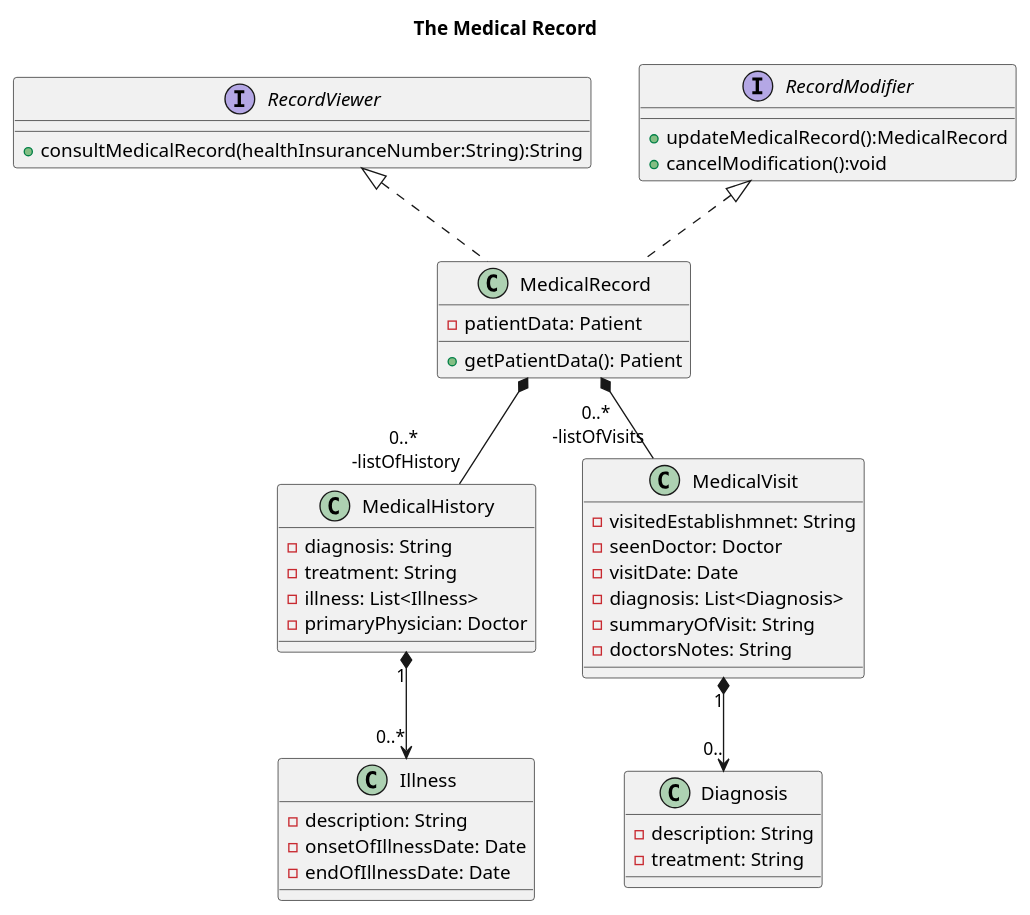
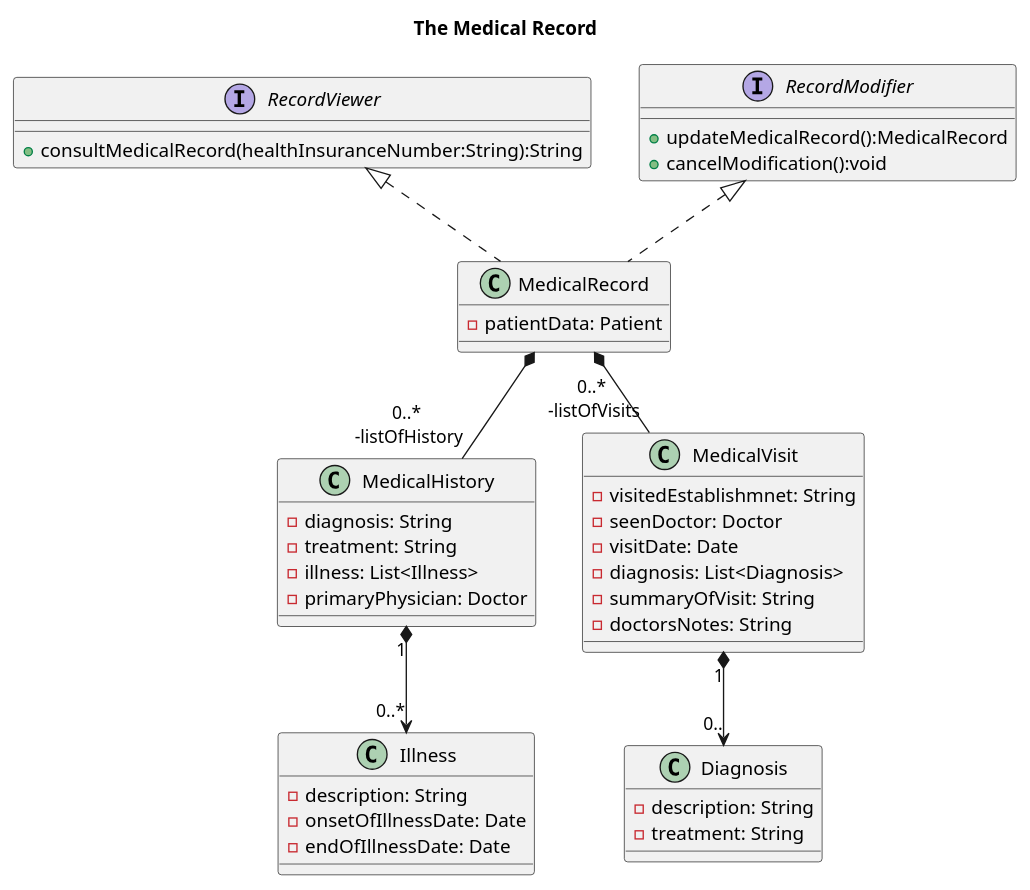
One commit to CyberFery/med changed the fourth of 4 diagrams in _models/classDiagram/class-diagram.puml. Above: the diagram before and after it, drawn with PlantUML. The commit also changed other lines of this file and 5 other files, not shown here.

Commit message:
Write descriptions for class diagrams

```diff
--- a/_models/classDiagram/class-diagram.puml
+++ b/_models/classDiagram/class-diagram.puml
@@ -143,52 +138,51 @@
 @startuml MedicalRecord
 
 title "The Medical Record"
 
 interface RecordViewer {
 +consultMedicalRecord(healthInsuranceNumber:String):String
 }
 
 interface RecordModifier {
 +updateMedicalRecord():MedicalRecord
 +cancelModification():void
 }
 
 class MedicalRecord implements RecordModifier, RecordViewer{
 -patientData: Patient
-+getPatientData(): Patient
 }
 
 class MedicalHistory{
 -diagnosis: String
 -treatment: String
 -illness: List<Illness>
 -primaryPhysician: Doctor
 }
 
 class Illness{
 -description: String
 -onsetOfIllnessDate: Date
 -endOfIllnessDate: Date
 }
 
 class MedicalVisit{
 -visitedEstablishmnet: String
 -seenDoctor: Doctor
 -visitDate: Date
 -diagnosis: List<Diagnosis>
 -summaryOfVisit: String
 -doctorsNotes: String
 
 }
 
 class Diagnosis {
 -description: String
 -treatment: String
 }
 
 MedicalVisit "1" *--> "0.." Diagnosis
 MedicalHistory "1" *--> "0..*" Illness
 MedicalRecord *-- "0..*\n -listOfVisits" MedicalVisit
 MedicalRecord *-- "0..*\n -listOfHistory" MedicalHistory
 
 @enduml
```
